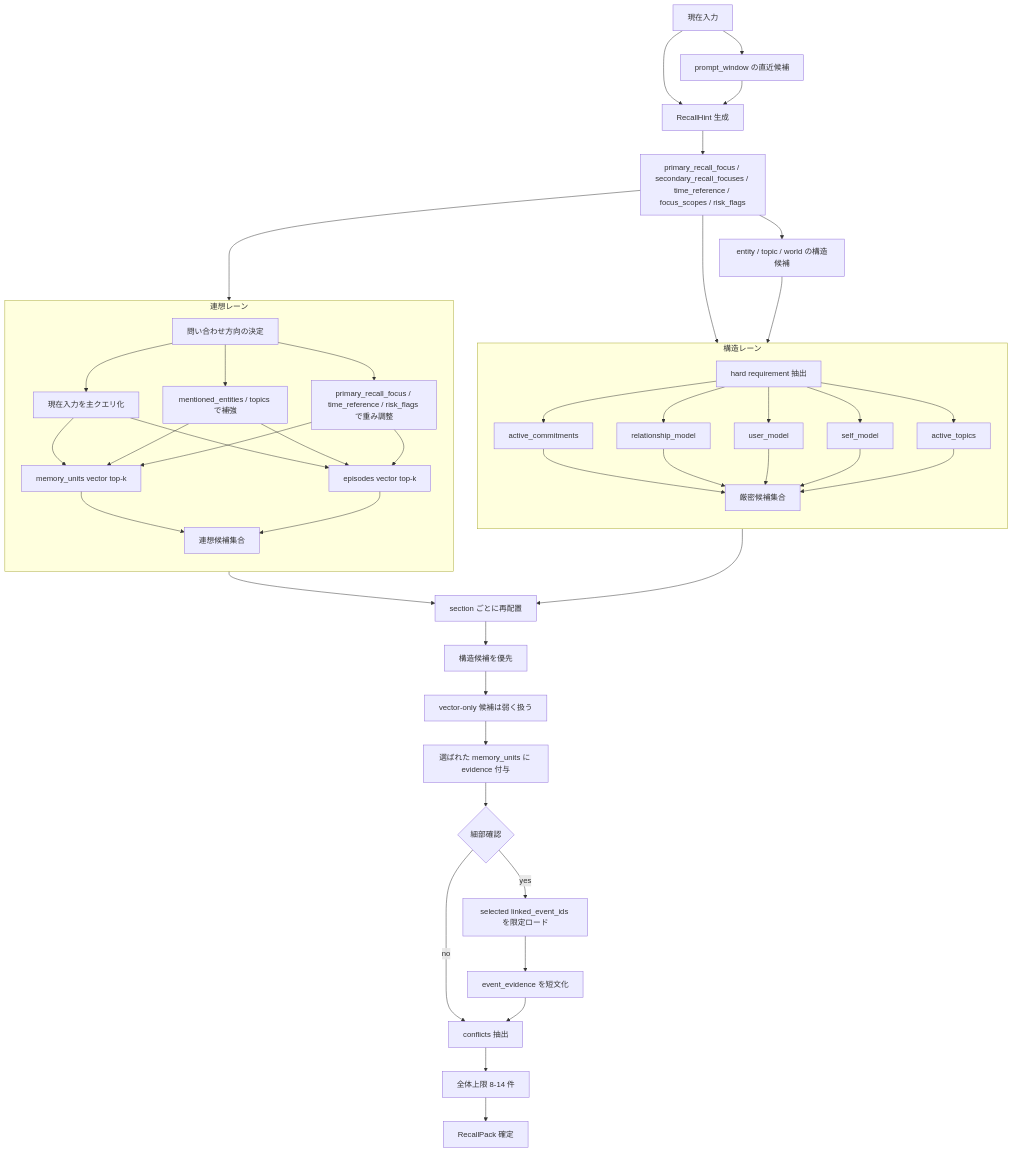
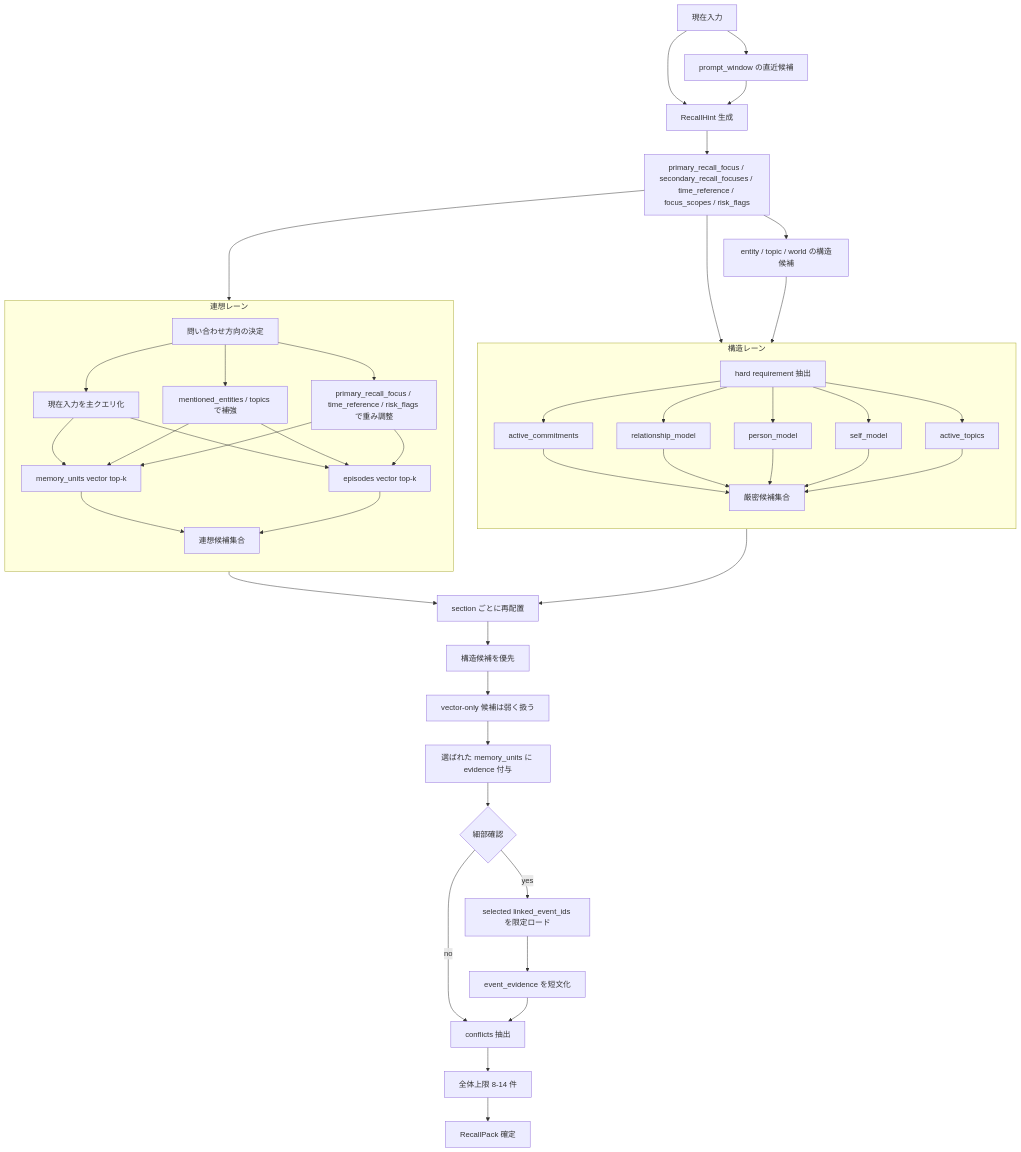
One commit to hirona98/OtomeKairo changed the second of 4 diagrams in docs/design/memory/想起と判断フロー図.md. Above: the diagram before and after it, drawn with Mermaid. The commit also changed other lines of this file and 103 other files, not shown here.

````diff
--- a/docs/design/memory/想起と判断フロー図.md
+++ b/docs/design/memory/想起と判断フロー図.md
@@ -103,69 +103,69 @@
 ```mermaid
 flowchart TD
     A[現在入力] --> B[prompt_window の直近候補]
     A --> C[RecallHint 生成]
     B --> C
     C --> D[primary_recall_focus / secondary_recall_focuses / time_reference / focus_scopes / risk_flags]
 
     D --> E1
     D --> E2
 
     subgraph SL[構造レーン]
         direction TB
         E1[hard requirement 抽出]
         F1[active_commitments]
         F2[relationship_model]
-        F3[user_model]
+        F3[person_model]
         F4[self_model]
         F5[active_topics]
         G1[厳密候補集合]
         E1 --> F1
         E1 --> F2
         E1 --> F3
         E1 --> F4
         E1 --> F5
         F1 --> G1
         F2 --> G1
         F3 --> G1
         F4 --> G1
         F5 --> G1
     end
 
     subgraph VL[連想レーン]
         direction TB
         E2[問い合わせ方向の決定]
         H1[現在入力を主クエリ化]
         H2[mentioned_entities / topics で補強]
         H3[primary_recall_focus / time_reference / risk_flags で重み調整]
         H4[memory_units vector top-k]
         H5[episodes vector top-k]
         H6[連想候補集合]
         E2 --> H1
         E2 --> H2
         E2 --> H3
         H1 --> H4
         H1 --> H5
         H2 --> H4
         H2 --> H5
         H3 --> H4
         H3 --> H5
         H4 --> H6
         H5 --> H6
     end
 
     D --> ES[entity / topic / world の構造候補]
     ES --> G1
 
     G1 --> I[section ごとに再配置]
     H6 --> I
     I --> J[構造候補を優先]
     J --> K[vector-only 候補は弱く扱う]
     K --> L[選ばれた memory_units に evidence 付与]
     L --> X{細部確認}
     X -- no --> M[conflicts 抽出]
     X -- yes --> Y[selected linked_event_ids を限定ロード]
     Y --> Z[event_evidence を短文化]
     Z --> M
     M --> N[全体上限 8-14 件]
     N --> O[RecallPack 確定]
 ```
````
